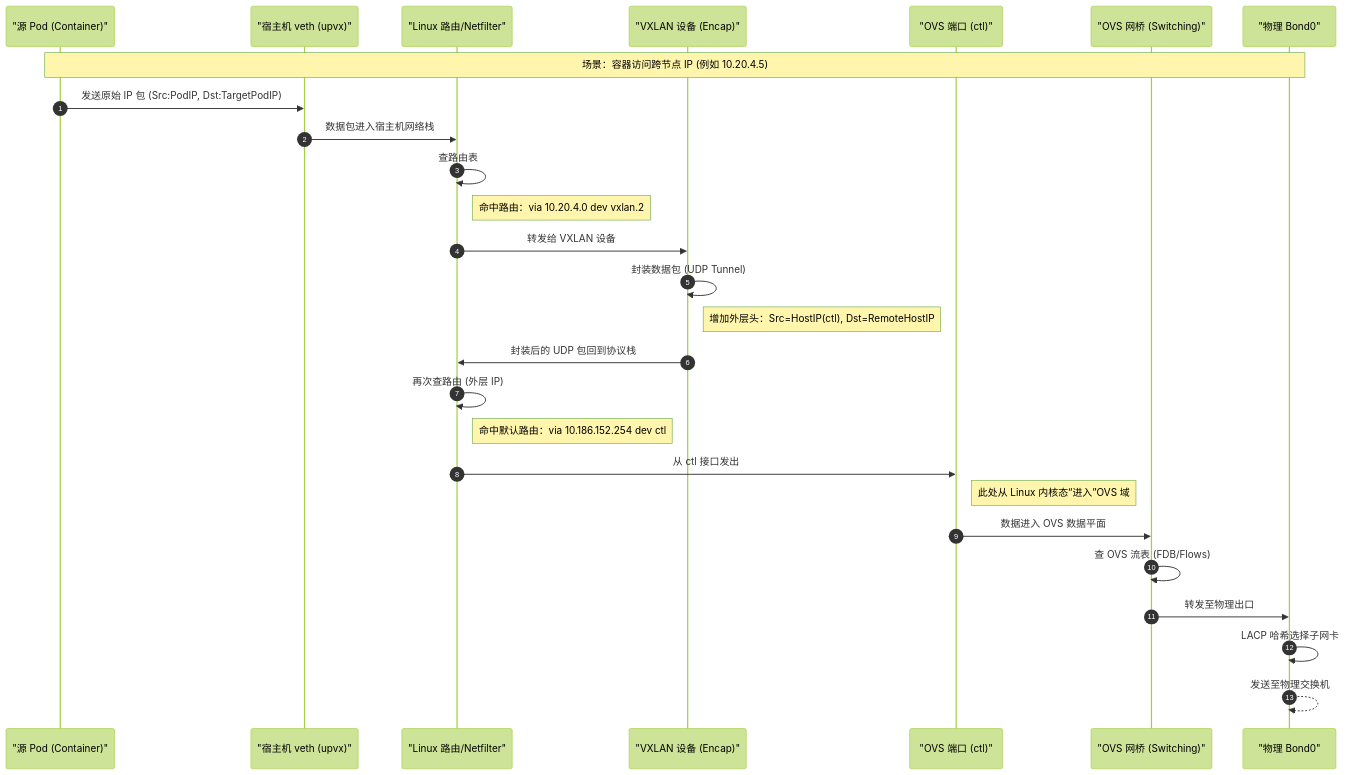
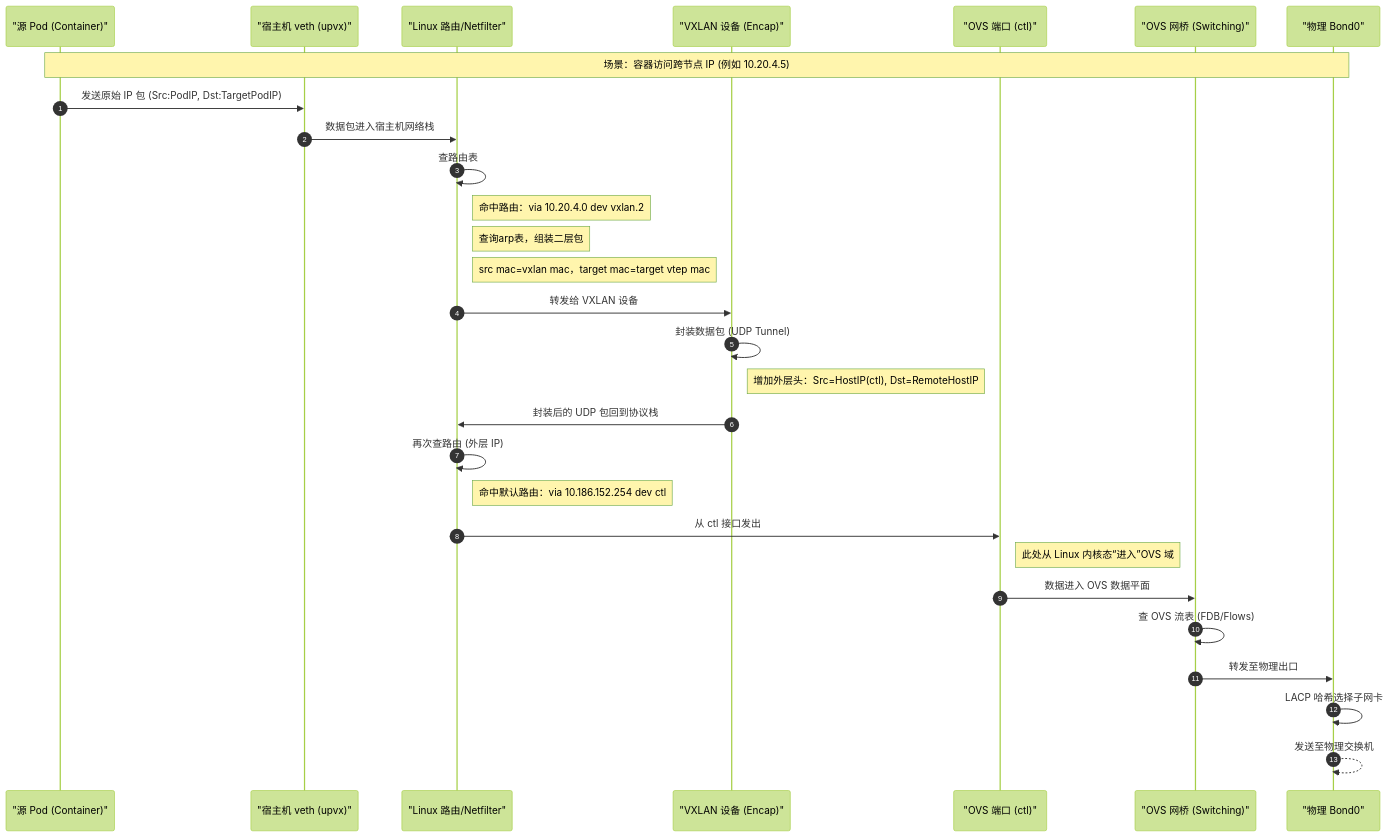
One commit to sq325/kikyo-blog changed the third of 3 diagrams in content/post/一个生产级k8s网络架构解析/index.md. Above: the diagram before and after it, drawn with Mermaid (forest theme).

Commit message:
在路由部分添加对ARP表查询和二层包组装的说明

````diff
--- a/content/post/一个生产级k8s网络架构解析/index.md
+++ b/content/post/一个生产级k8s网络架构解析/index.md
@@ -370,37 +370,39 @@
 ```mermaid
 sequenceDiagram
     autonumber
     participant Pod as "源 Pod (Container)"
     participant Veth as "宿主机 veth (upvx)"
     participant Routing as "Linux 路由/Netfilter"
     participant Vxlan as "VXLAN 设备 (Encap)"
     participant BizIf as "OVS 端口 (ctl)"
     participant OVSBr as "OVS 网桥 (Switching)"
     participant PhyBond as "物理 Bond0"
 
     Note over Pod, PhyBond: 场景：容器访问跨节点 IP (例如 10.20.4.5)
 
     Pod->>Veth: 发送原始 IP 包 (Src:PodIP, Dst:TargetPodIP)
     Veth->>Routing: 数据包进入宿主机网络栈
     
     Routing->>Routing: 查路由表
     Note right of Routing: 命中路由：via 10.20.4.0 dev vxlan.2
+    Note right of Routing: 查询arp表，组装二层包
+    Note right of Routing: src mac=vxlan mac，target mac=target vtep mac
 
     Routing->>Vxlan: 转发给 VXLAN 设备
     Vxlan->>Vxlan: 封装数据包 (UDP Tunnel)
     Note right of Vxlan: 增加外层头：Src=HostIP(ctl), Dst=RemoteHostIP
 
     Vxlan->>Routing: 封装后的 UDP 包回到协议栈
     Routing->>Routing: 再次查路由 (外层 IP)
     Note right of Routing: 命中默认路由：via 10.186.152.254 dev ctl
 
     Routing->>BizIf: 从 ctl 接口发出
     Note right of BizIf: 此处从 Linux 内核态“进入”OVS 域
 
     BizIf->>OVSBr: 数据进入 OVS 数据平面
     OVSBr->>OVSBr: 查 OVS 流表 (FDB/Flows)
     
     OVSBr->>PhyBond: 转发至物理出口
     PhyBond->>PhyBond: LACP 哈希选择子网卡
     PhyBond-->>PhyBond: 发送至物理交换机
 ```
````
